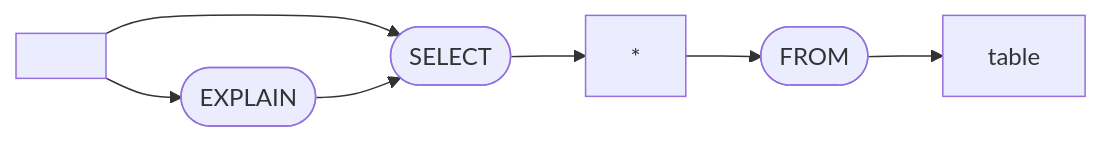
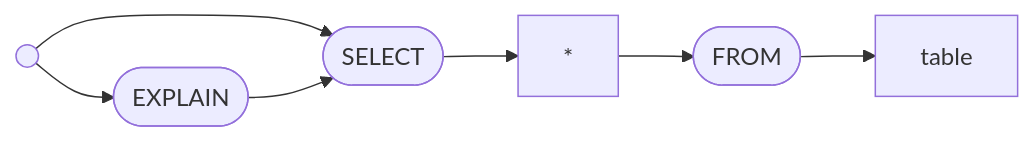
The first of 4 diagrams in README.md (chirst/cdb), drawn with Mermaid before and after one commit. The commit also changed other lines of this file and 26 other files, not shown here.

````diff
--- a/README.md
+++ b/README.md
@@ -10,14 +10,15 @@
 ```mermaid
-flowchart LR
-begin[ ]
+graph LR
+begin(( ))
 explain([EXPLAIN])
 select([SELECT])
+all[*]
 from([FROM])
 
 begin --> explain
 begin --> select
 explain --> select
-select --> *
-* --> from
+select --> all
+all --> from
 from --> table
 ```
````
